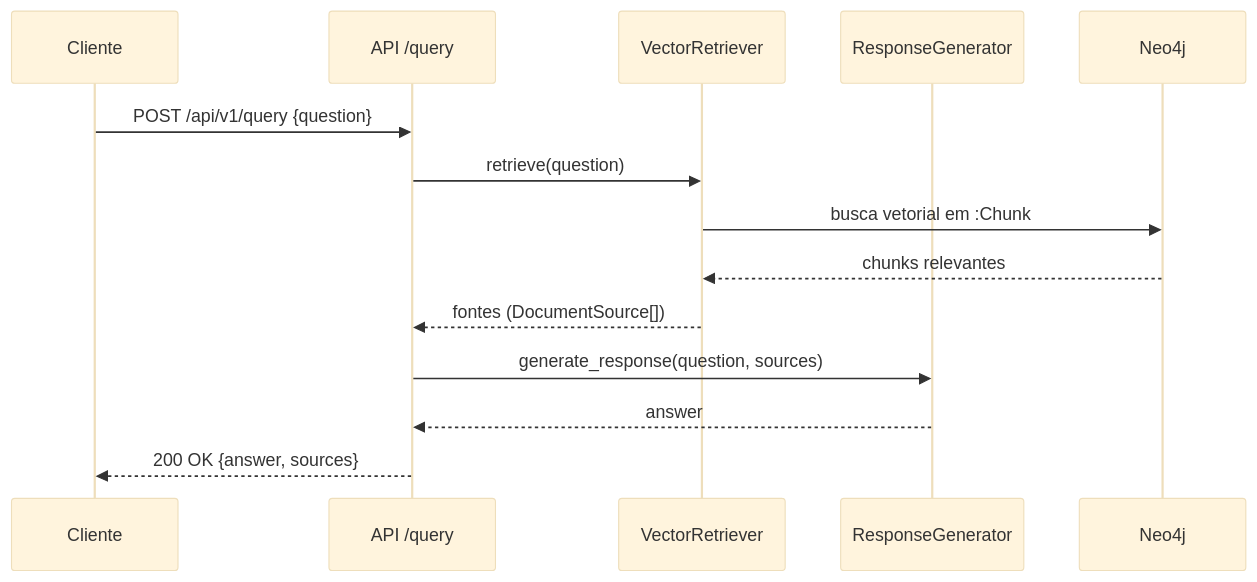
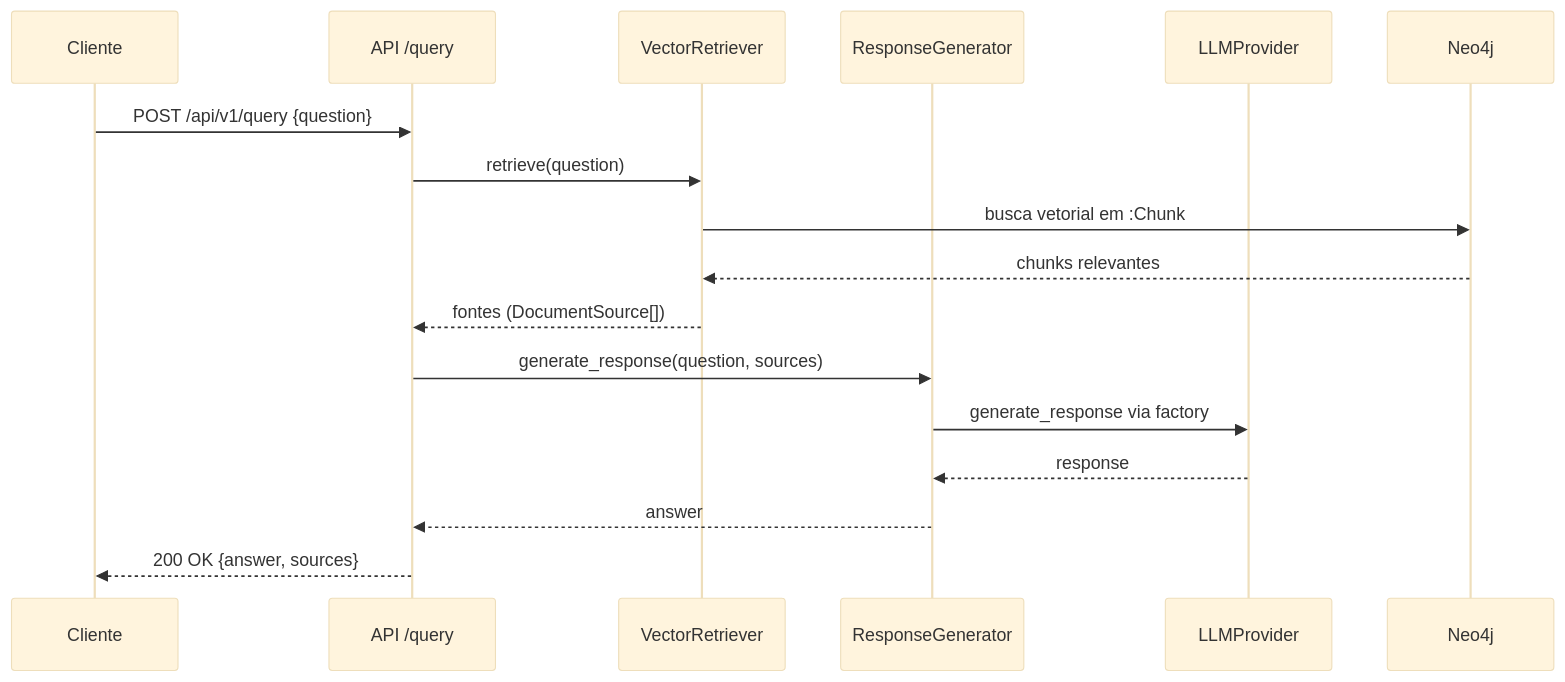
The third of 6 diagrams in docs/architecture.md (roger8b/local_rag), drawn with Mermaid (base theme) before and after one commit. The commit also changed other lines of this file and 13 other files, not shown here.

First line of the commit message:
feat: implement flexible LLM provider architecture with factory pattern

````diff
--- a/docs/architecture.md
+++ b/docs/architecture.md
@@ -67,16 +68,19 @@
 ```mermaid
 sequenceDiagram
   participant U as Cliente
   participant API as API /query
   participant R as VectorRetriever
   participant G as ResponseGenerator
+  participant P as LLMProvider
   participant N as Neo4j
   U->>API: POST /api/v1/query {question}
   API->>R: retrieve(question)
   R->>N: busca vetorial em :Chunk
   N-->>R: chunks relevantes
   R-->>API: fontes (DocumentSource[])
   API->>G: generate_response(question, sources)
+  G->>P: generate_response via factory
+  P-->>G: response
   G-->>API: answer
   API-->>U: 200 OK {answer, sources}
 ```
````
